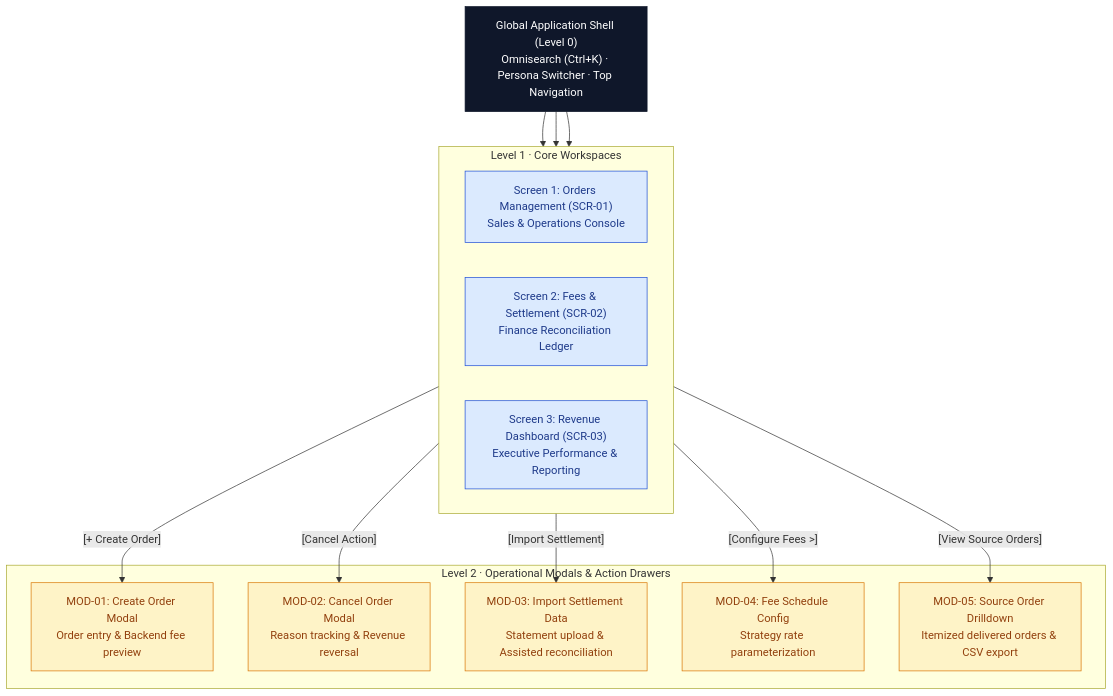
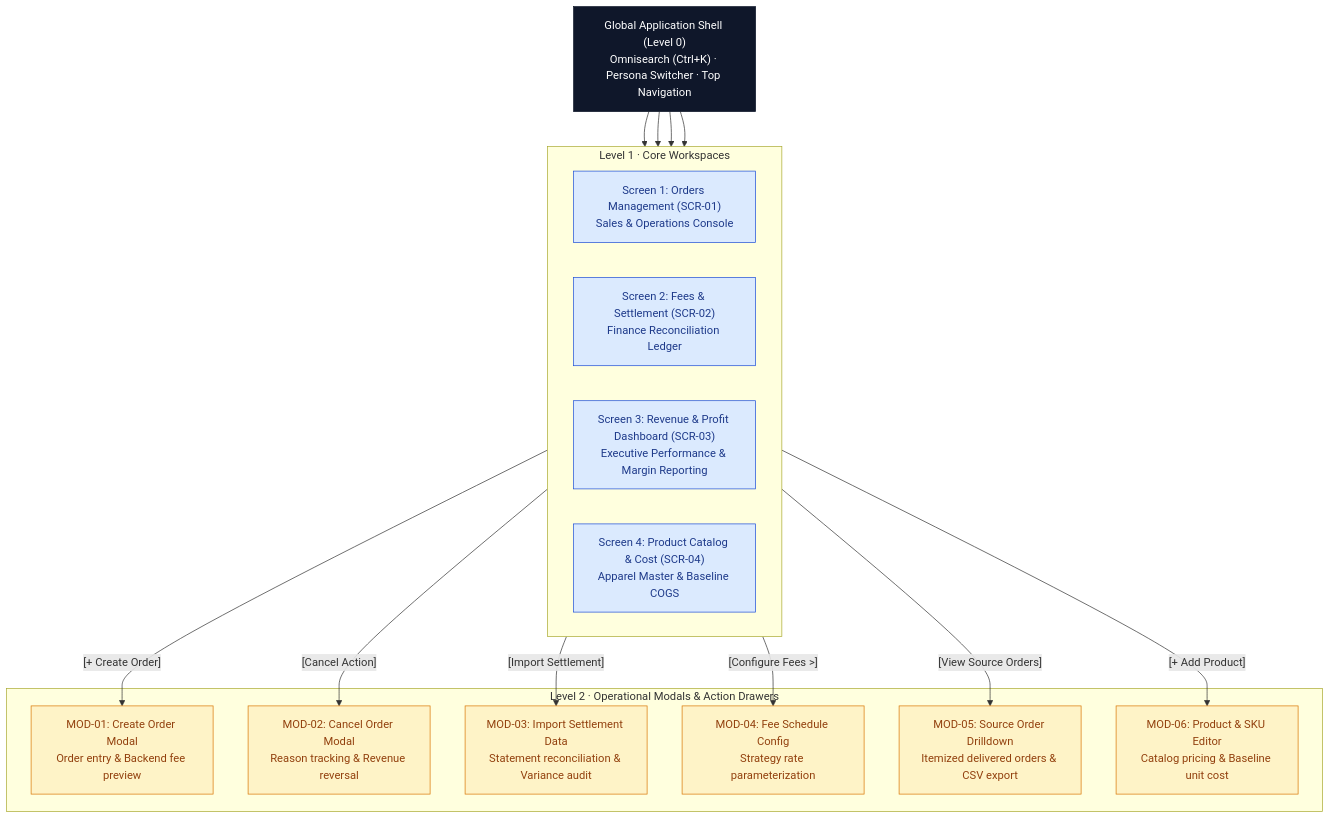
One commit to duchoa0405/Quanly_DoanhThu_LoiNhuan_DangDucHoa_VSF changed the diagram in docs/uiux_specifications.md. Above: the diagram before and after it, drawn with Mermaid. The commit also changed other lines of this file and 1 other file, not shown here.

Commit message:
docs: align IA and English UI with COGS profit model

````diff
--- a/docs/uiux_specifications.md
+++ b/docs/uiux_specifications.md
@@ -279,36 +137,40 @@
 ```mermaid
 flowchart TB
     Shell["Global Application Shell (Level 0)<br/>Omnisearch (Ctrl+K) · Persona Switcher · Top Navigation"]
 
     subgraph Screens["Level 1 · Core Workspaces"]
         direction LR
         SCR01["Screen 1: Orders Management (SCR-01)<br/>Sales & Operations Console"]
         SCR02["Screen 2: Fees & Settlement (SCR-02)<br/>Finance Reconciliation Ledger"]
-        SCR03["Screen 3: Revenue Dashboard (SCR-03)<br/>Executive Performance & Reporting"]
+        SCR03["Screen 3: Revenue & Profit Dashboard (SCR-03)<br/>Executive Performance & Margin Reporting"]
+        SCR04["Screen 4: Product Catalog & Cost (SCR-04)<br/>Apparel Master & Baseline COGS"]
     end
 
     subgraph Modals["Level 2 · Operational Modals & Action Drawers"]
         MOD01["MOD-01: Create Order Modal<br/>Order entry & Backend fee preview"]
         MOD02["MOD-02: Cancel Order Modal<br/>Reason tracking & Revenue reversal"]
-        MOD03["MOD-03: Import Settlement Data<br/>Statement upload & Assisted reconciliation"]
+        MOD03["MOD-03: Import Settlement Data<br/>Statement reconciliation & Variance audit"]
         MOD04["MOD-04: Fee Schedule Config<br/>Strategy rate parameterization"]
         MOD05["MOD-05: Source Order Drilldown<br/>Itemized delivered orders & CSV export"]
+        MOD06["MOD-06: Product & SKU Editor<br/>Catalog pricing & Baseline unit cost"]
     end
 
     Shell --> SCR01
     Shell --> SCR02
     Shell --> SCR03
+    Shell --> SCR04
 
     SCR01 -->|"[+ Create Order]"| MOD01
     SCR01 -->|"[Cancel Action]"| MOD02
     SCR02 -->|"[Import Settlement]"| MOD03
     SCR02 -->|"[Configure Fees >]"| MOD04
     SCR03 -->|"[View Source Orders]"| MOD05
+    SCR04 -->|"[+ Add Product]"| MOD06
 
     classDef shell fill:#0f172a,stroke:#0f172a,color:#ffffff
     classDef scr fill:#dbeafe,stroke:#1d4ed8,color:#1e3a8a
     classDef mod fill:#fef3c7,stroke:#d97706,color:#92400e
     class Shell shell
-    class SCR01,SCR02,SCR03 scr
-    class MOD01,MOD02,MOD03,MOD04,MOD05 mod
+    class SCR01,SCR02,SCR03,SCR04 scr
+    class MOD01,MOD02,MOD03,MOD04,MOD05,MOD06 mod
 ```
````
